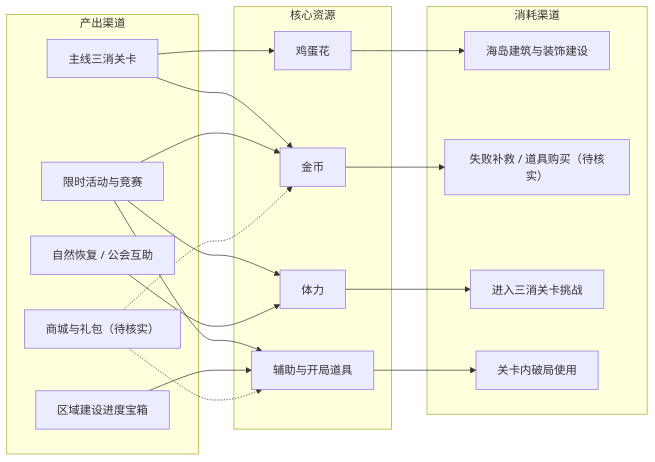
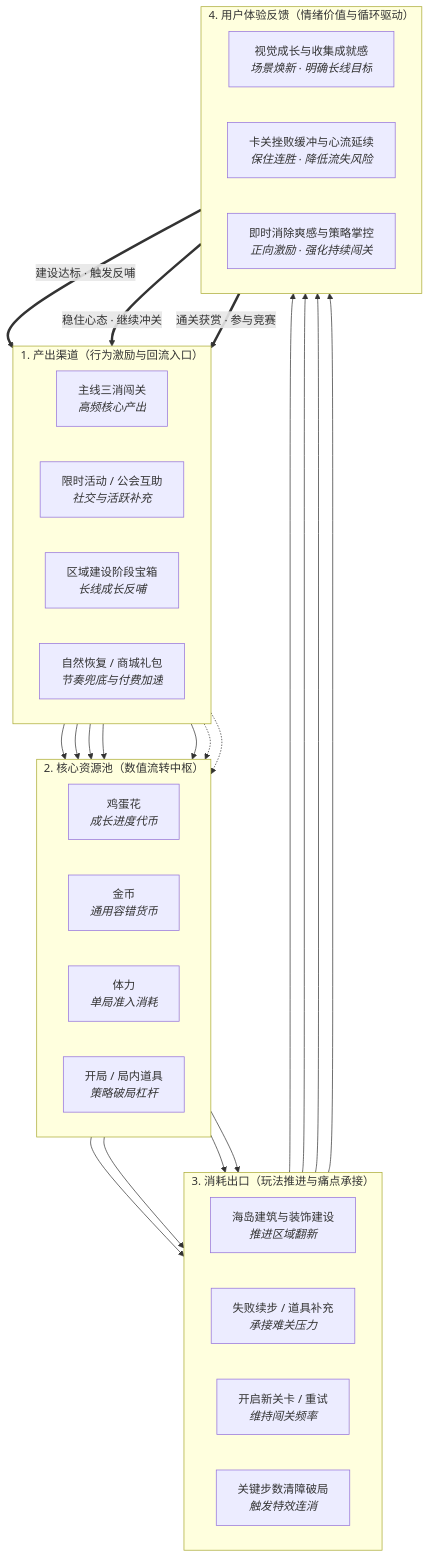
One commit to sp201610/sp201610.github.io changed the sixth of 8 diagrams in _pages/games/假日乐消消.md. Above: the diagram before and after it, drawn with Mermaid. The commit also changed other lines of this file and 5 other files, not shown here.

````diff
--- a/_pages/games/假日乐消消.md
+++ b/_pages/games/假日乐消消.md
@@ -402,35 +392,55 @@
 ```mermaid
-flowchart LR
-    subgraph Source["产出渠道"]
-        S1["主线三消关卡"]
-        S2["限时活动与竞赛"]
-        S3["区域建设进度宝箱"]
-        S4["自然恢复 / 公会互助"]
-        S5["商城与礼包（待核实）"]
+flowchart TB
+    subgraph Source["1. 产出渠道（行为激励与回流入口）"]
+        direction LR
+        S1["主线三消闯关<br/><i>高频核心产出</i>"]
+        S2["限时活动 / 公会互助<br/><i>社交与活跃补充</i>"]
+        S3["区域建设阶段宝箱<br/><i>长线成长反哺</i>"]
+        S4["自然恢复 / 商城礼包<br/><i>节奏兜底与付费加速</i>"]
     end
-    subgraph Resource["核心资源"]
-        R1["鸡蛋花"]
-        R2["金币"]
-        R3["体力"]
-        R4["辅助与开局道具"]
+
+    subgraph Resource["2. 核心资源池（数值流转中枢）"]
+        direction LR
+        R1["鸡蛋花<br/><i>成长进度代币</i>"]
+        R2["金币<br/><i>通用容错货币</i>"]
+        R3["体力<br/><i>单局准入消耗</i>"]
+        R4["开局 / 局内道具<br/><i>策略破局杠杆</i>"]
     end
-    subgraph Sink["消耗渠道"]
-        K1["海岛建筑与装饰建设"]
-        K2["失败补救 / 道具购买（待核实）"]
-        K3["进入三消关卡挑战"]
-        K4["关卡内破局使用"]
+
+    subgraph Sink["3. 消耗出口（玩法推进与痛点承接）"]
+        direction LR
+        K1["海岛建筑与装饰建设<br/><i>推进区域翻新</i>"]
+        K2["失败续步 / 道具补充<br/><i>承接难关压力</i>"]
+        K3["开启新关卡 / 重试<br/><i>维持闯关频率</i>"]
+        K4["关键步数清障破局<br/><i>触发特效连消</i>"]
     end
+
+    subgraph UX["4. 用户体验反馈（情绪价值与循环驱动）"]
+        direction LR
+        U1["视觉成长与收集成就感<br/><i>场景焕新 · 明确长线目标</i>"]
+        U2["卡关挫败缓冲与心流延续<br/><i>保住连胜 · 降低流失风险</i>"]
+        U3["即时消除爽感与策略掌控<br/><i>正向激励 · 强化持续闯关</i>"]
+    end
+
     S1 --> R1
     S1 --> R2
-    S2 --> R2
     S2 --> R3
     S2 --> R4
     S3 --> R4
-    S4 --> R3
-    S5 -.-> R2
-    S5 -.-> R4
+    S4 -.-> R2
+    S4 -.-> R3
+
     R1 --> K1
     R2 --> K2
     R3 --> K3
     R4 --> K4
+
+    K1 --> U1
+    K2 --> U2
+    K3 --> U3
+    K4 --> U3
+
+    U1 ==>|建设达标 · 触发反哺| S3
+    U2 ==>|稳住心态 · 继续冲关| S1
+    U3 ==>|通关获赏 · 参与竞赛| S2
 ```
````
